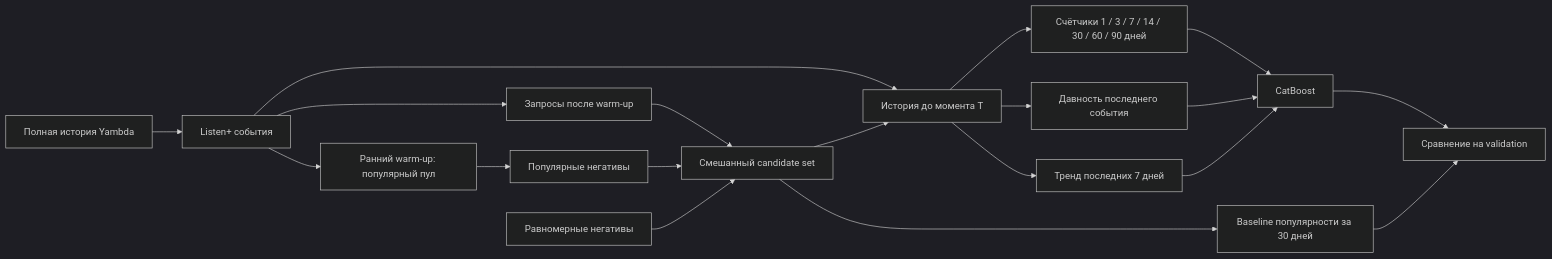
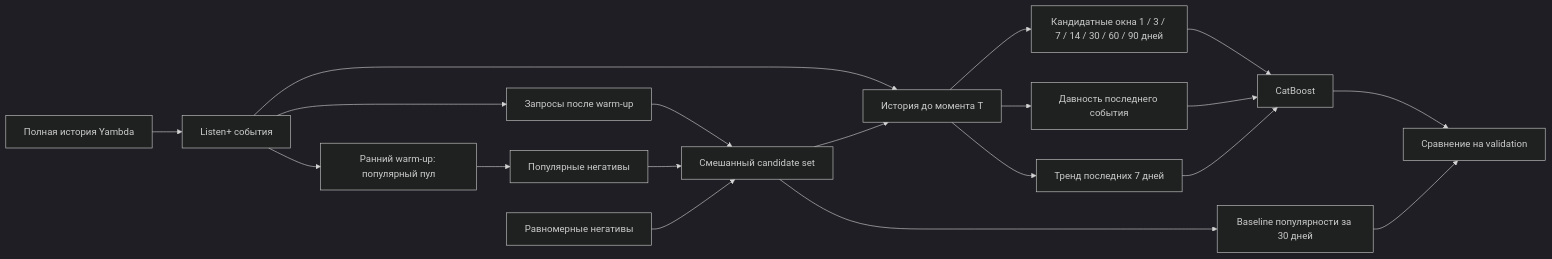
Before and after one commit to Islam-Y/RecSys: the diagram in README.md, drawn with Mermaid (dark theme). The commit also changed other lines of this file and 5 other files, not shown here.

````diff
--- a/README.md
+++ b/README.md
@@ -40,21 +40,21 @@
 ```mermaid
 flowchart LR
     A[Полная история Yambda] --> B[Listen+ события]
     B --> C[Ранний warm-up: популярный пул]
     B --> D[Запросы после warm-up]
     C --> E[Популярные негативы]
     D --> F[Смешанный candidate set]
     E --> F
     G[Равномерные негативы] --> F
     B --> H[История до момента T]
     F --> H
-    H --> W[Счётчики 1 / 3 / 7 / 14 / 30 / 60 / 90 дней]
+    H --> W[Кандидатные окна 1 / 3 / 7 / 14 / 30 / 60 / 90 дней]
     H --> R[Давность последнего события]
     H --> T[Тренд последних 7 дней]
     W --> I[CatBoost]
     R --> I
     T --> I
     I --> J[Сравнение на validation]
     F --> K[Baseline популярности за 30 дней]
     K --> J
 ```
````
